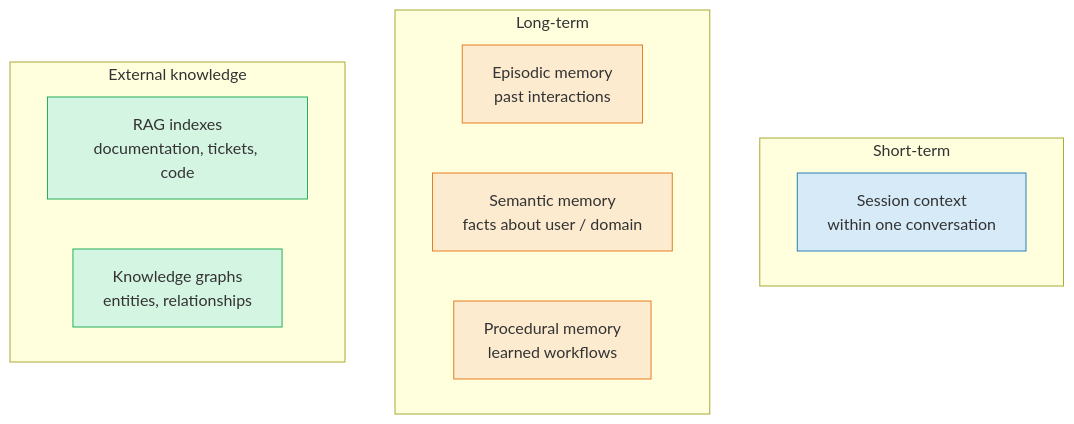
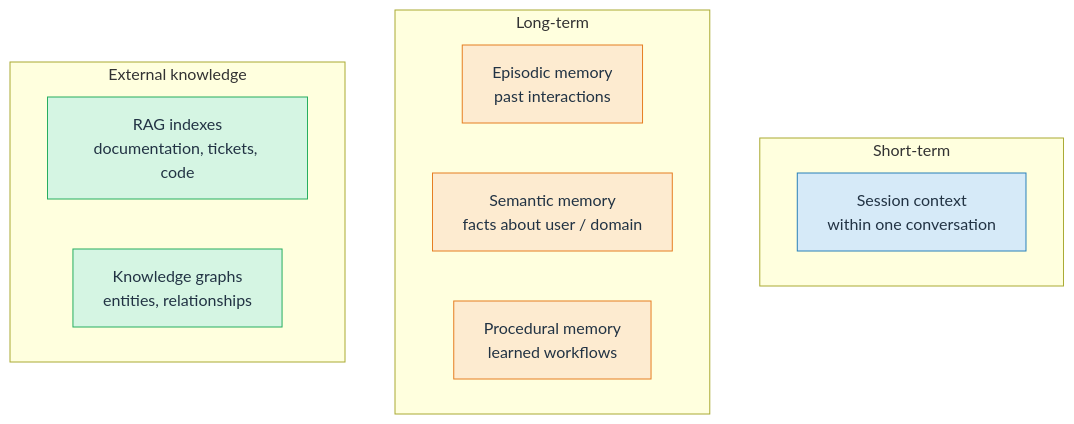
The fourth of 4 diagrams in en/p5-orchestration/22-memory-systems.qmd (latere-ai/ai-as-an-infrastructure), drawn with Mermaid before and after one commit. The commit also changed other lines of this file and 186 other files, not shown here.

First line of the commit message:
book: visual audit pass on all diagrams and figures

````diff
--- a/en/p5-orchestration/22-memory-systems.qmd
+++ b/en/p5-orchestration/22-memory-systems.qmd
@@ -280,27 +284,27 @@
 ```{mermaid}
 %%| label: fig-memory-taxonomy
 %%| fig-cap: "Memory splits into short-term and long-term (episodic, semantic, procedural), distinct from the shared external knowledge that RAG retrieves."
 graph TB
-    classDef short fill:#d6eaf8,stroke:#2980b9
-    classDef long fill:#fdebd0,stroke:#e67e22
-    classDef external fill:#d5f5e3,stroke:#27ae60
+    classDef short fill:#d6eaf8,stroke:#2980b9,color:#234
+    classDef long fill:#fdebd0,stroke:#e67e22,color:#234
+    classDef external fill:#d5f5e3,stroke:#27ae60,color:#234
 
     subgraph "Short-term"
         ST[Session context<br/>within one conversation]
     end
 
     subgraph "Long-term"
         EM[Episodic memory<br/>past interactions]
         SM[Semantic memory<br/>facts about user / domain]
         PM[Procedural memory<br/>learned workflows]
     end
 
     subgraph "External knowledge"
         RAG[RAG indexes<br/>documentation, tickets, code]
         KG[Knowledge graphs<br/>entities, relationships]
     end
 
     class ST short
     class EM,SM,PM long
     class RAG,KG external
 ```
````
